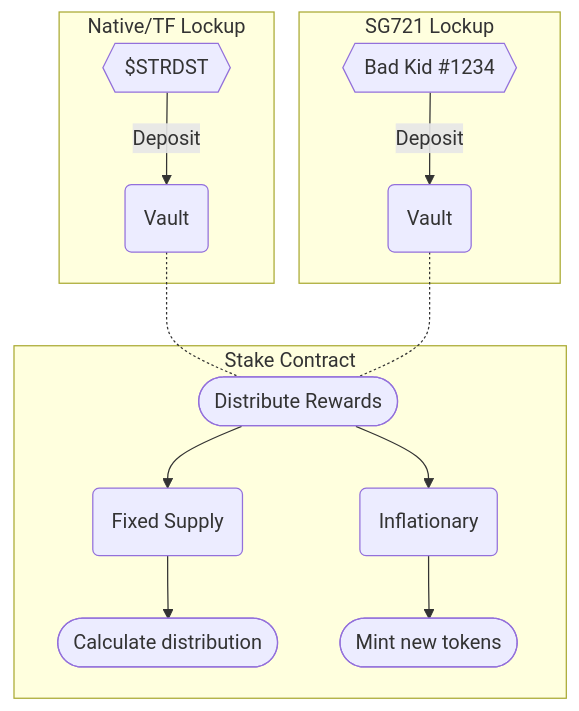
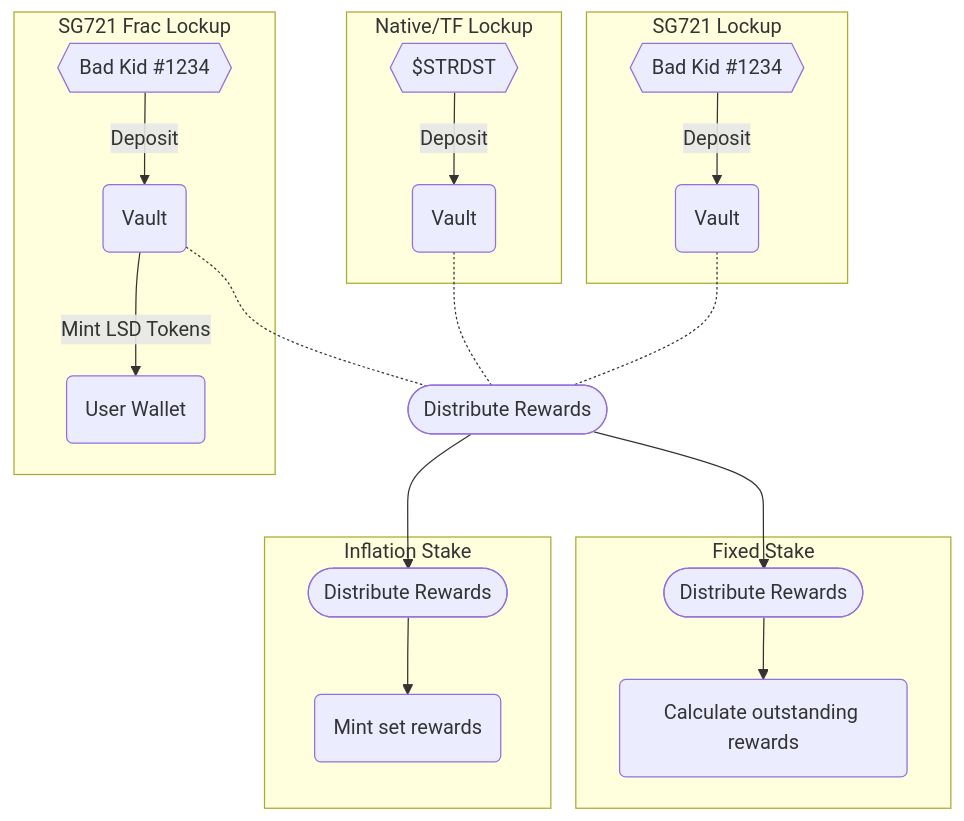
One commit to ohhNFT/stake changed the diagram in README.md. Above: the diagram before and after it, drawn with Mermaid. The commit also changed other lines of this file and 17 other files, not shown here.

````diff
--- a/README.md
+++ b/README.md
@@ -7,22 +5,32 @@
 ```mermaid
 flowchart
   subgraph Native/TF Lockup
   A{{$STRDST}} -- Deposit --> B(Vault);
   end
 
   subgraph SG721 Lockup
   C{{Bad Kid #1234}} -- Deposit --> D(Vault);
   end
 
-  B -.- E;
-  D -.- E;
+  subgraph SG721 Frac Lockup
+  E{{Bad Kid #1234}} -- Deposit --> F(Vault);
+  F -- Mint LSD Tokens --> G;
+  end
 
-  subgraph Stake Contract
-  E([Distribute Rewards]) --> F & G;
+  G(User Wallet);
 
-  F(Fixed Supply) --> H([Calculate distribution]);
+  B -.- H;
+  D -.- H;
+  F -.- H;
 
-  G(Inflationary) --> I([Mint new tokens]);
+  H([Distribute Rewards]) --> I & K;
 
+  subgraph Fixed Stake
+  I([Distribute Rewards]) --> J(Calculate outstanding rewards);
   end
+
+  subgraph Inflation Stake
+  K([Distribute Rewards]) --> L(Mint set rewards);
+  end
+
 ```
````
